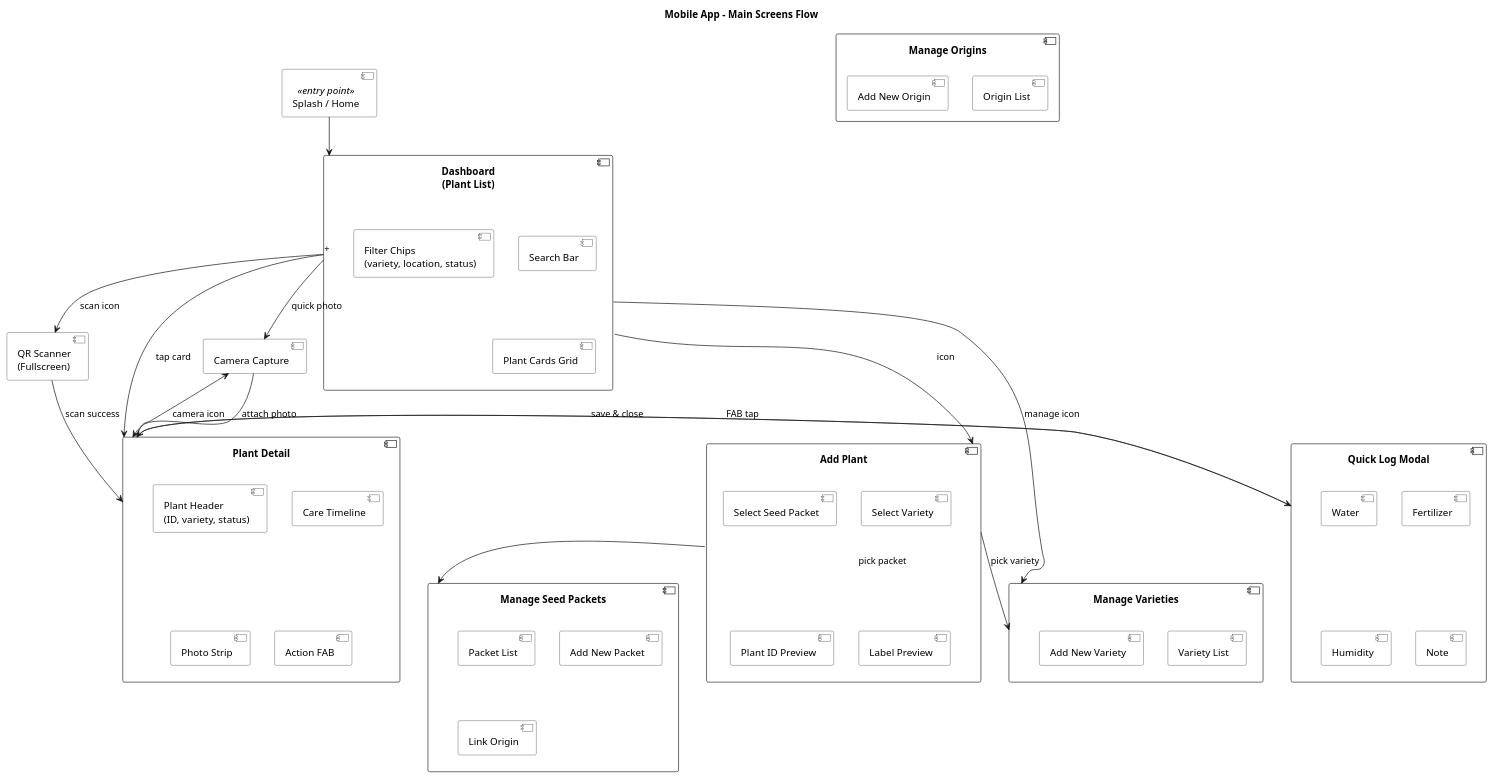
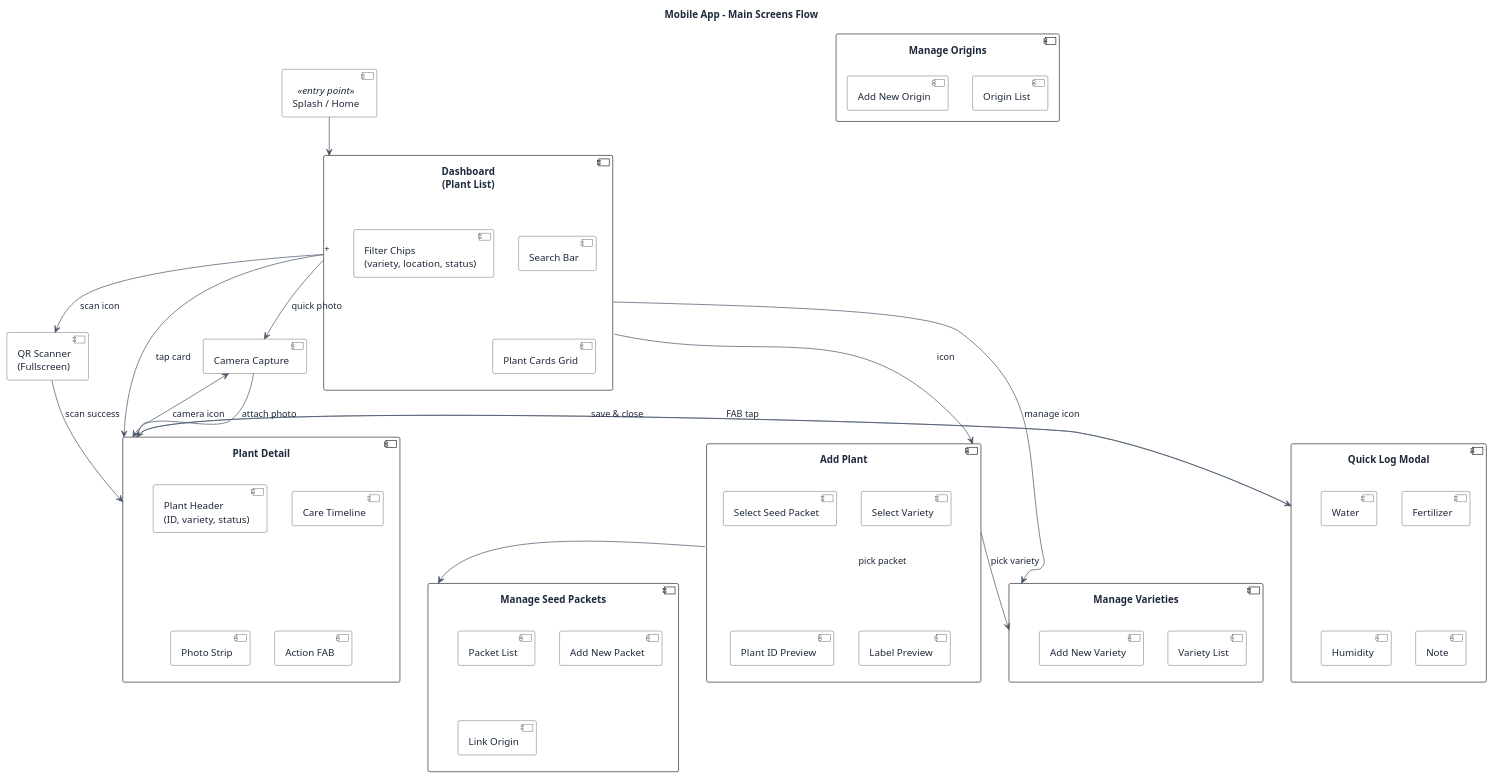
Before and after one commit to geraldthewes/plant-tracking: the diagram in knowledge/ui-design/06-mobile-flow.puml, drawn with PlantUML. The commit also changed 11 other files, not shown here.

First line of the commit message:
fix: improve text contrast in all PlantUML UI diagrams

```diff
--- a/knowledge/ui-design/06-mobile-flow.puml
+++ b/knowledge/ui-design/06-mobile-flow.puml
@@ -1,72 +1,76 @@
 @startuml
 skinparam component {
   BackgroundColor white
   BorderColor #333
+  FontColor #1e293b
   Shadowing false
 }
+skinparam defaultFontColor #1e293b
+skinparam arrowColor #475569
+skinparam shadowing false
 
 title Mobile App - Main Screens Flow
 
 component "Splash / Home" as home <<entry point>>
 
 component "Dashboard\n(Plant List)" as dashboard {
   component "Search Bar" as search
   component "Filter Chips\n(variety, location, status)" as filters
   component "Plant Cards Grid" as cards
 }
 
 component "Plant Detail" as detail {
   component "Plant Header\n(ID, variety, status)" as header
   component "Care Timeline" as timeline
   component "Photo Strip" as photostrip
   component "Action FAB" as fab
 }
 
 component "Quick Log Modal" as logmodal {
   component "Water" as water_btn
   component "Fertilizer" as fert_btn
   component "Humidity" as humid_btn
   component "Note" as note_btn
 }
 
 component "Add Plant" as addplant {
   component "Select Variety" as select_variety
   component "Select Seed Packet" as select_packet
   component "Plant ID Preview" as plant_id
   component "Label Preview" as label_preview
 }
 
 component "Manage Varieties" as varieties {
   component "Variety List" as var_list
   component "Add New Variety" as add_variety
 }
 
 component "Manage Seed Packets" as packets {
   component "Packet List" as pkt_list
   component "Add New Packet" as add_packet
   component "Link Origin" as link_origin
 }
 
 component "Manage Origins" as origins {
   component "Origin List" as origin_list
   component "Add New Origin" as add_origin
 }
 
 component "QR Scanner\n(Fullscreen)" as scanner
 
 component "Camera Capture" as camera
 
 home --> dashboard
 dashboard --> detail : tap card
 dashboard --> addplant : "+" icon
 dashboard --> scanner : scan icon
 dashboard --> varieties : manage icon
 scanner --> detail : scan success
 detail --> logmodal : FAB tap
 detail --> camera : camera icon
 logmodal --> detail : save & close
 camera --> detail : attach photo
 dashboard --> camera : quick photo
 addplant --> varieties : pick variety
 addplant --> packets : pick packet
 @enduml
```
